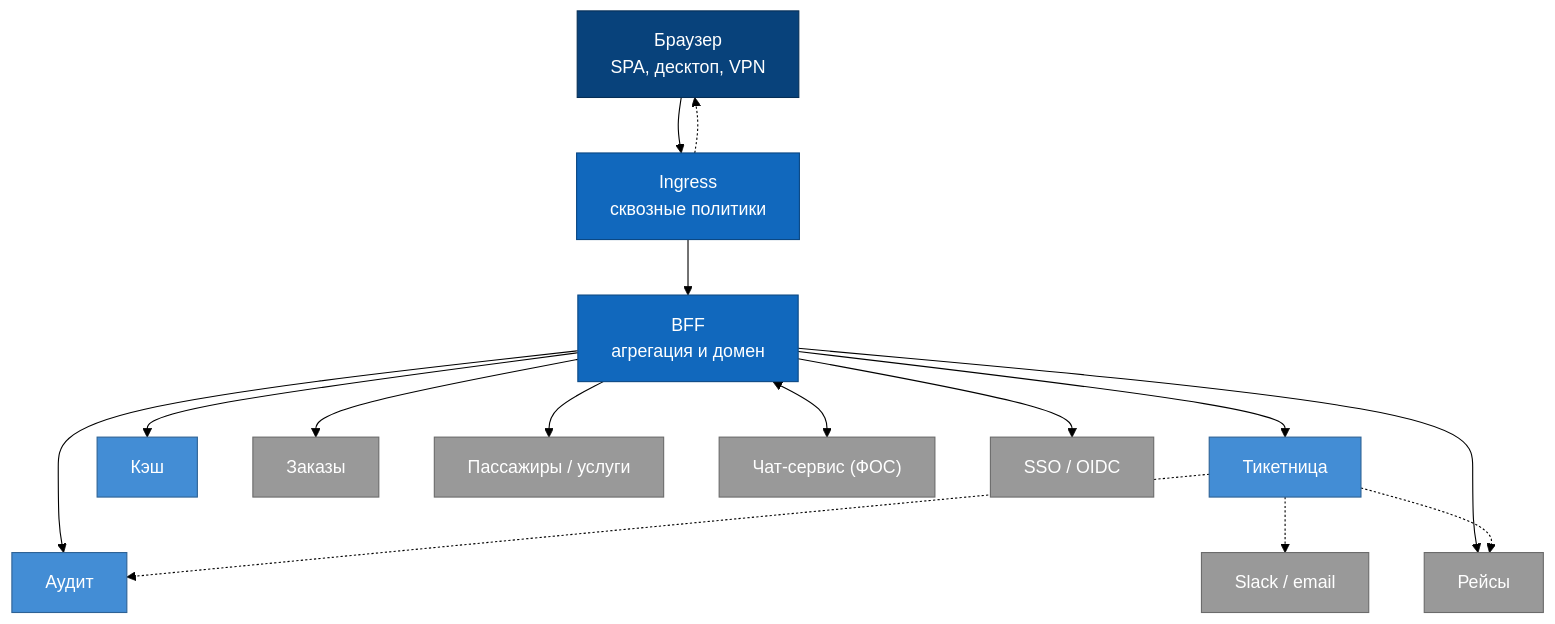
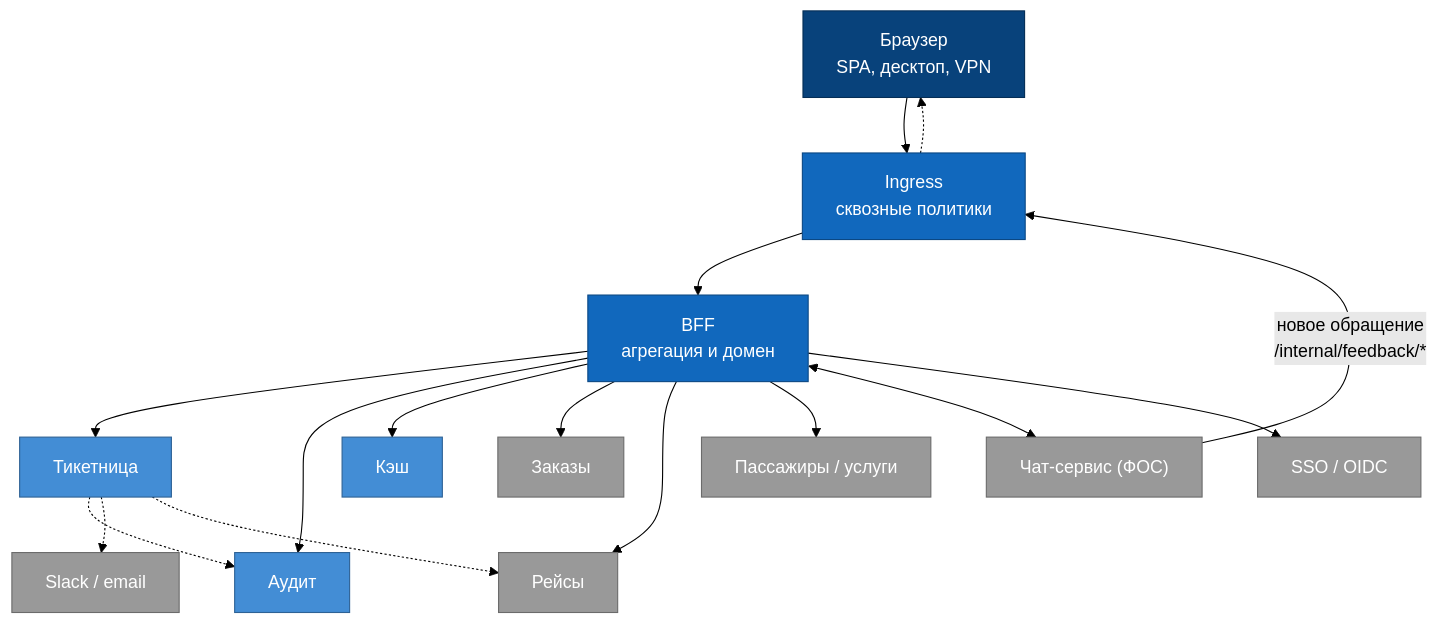
The first of 2 diagrams in docs/views/entry-layer.md (lionlimon/otus_lessons), drawn with Mermaid (forest theme) before and after one commit. The commit also changed other lines of this file and 6 other files, not shown here.

````diff
--- a/docs/views/entry-layer.md
+++ b/docs/views/entry-layer.md
@@ -9,31 +9,32 @@
 ```mermaid
 graph TB
     B["Браузер<br/>SPA, десктоп, VPN"]
 
     B --> I["Ingress<br/>сквозные политики"]
     I --> F["BFF<br/>агрегация и домен"]
 
     F --> T["Тикетница"]
     F --> AU["Аудит"]
     F --> C["Кэш"]
     F --> O["Заказы"]
     F --> FL["Рейсы"]
     F --> P["Пассажиры / услуги"]
     F <--> CH["Чат-сервис (ФОС)"]
     F --> ID["SSO / OIDC"]
+    CH -->|"новое обращение<br/>/internal/feedback/*"| I
 
     I -.-> B
     T -.-> AU
     T -.-> SL["Slack / email"]
     T -.-> FL
 
     classDef client fill:#08427b,stroke:#052e56,color:#ffffff;
     classDef entry fill:#1168bd,stroke:#0b4884,color:#ffffff;
     classDef svc fill:#438dd5,stroke:#2e6295,color:#ffffff;
     classDef ext fill:#999999,stroke:#6b6b6b,color:#ffffff;
 
     class B client
     class I,F entry
     class T,AU,C svc
     class O,FL,P,CH,ID,SL ext
 ```
````
